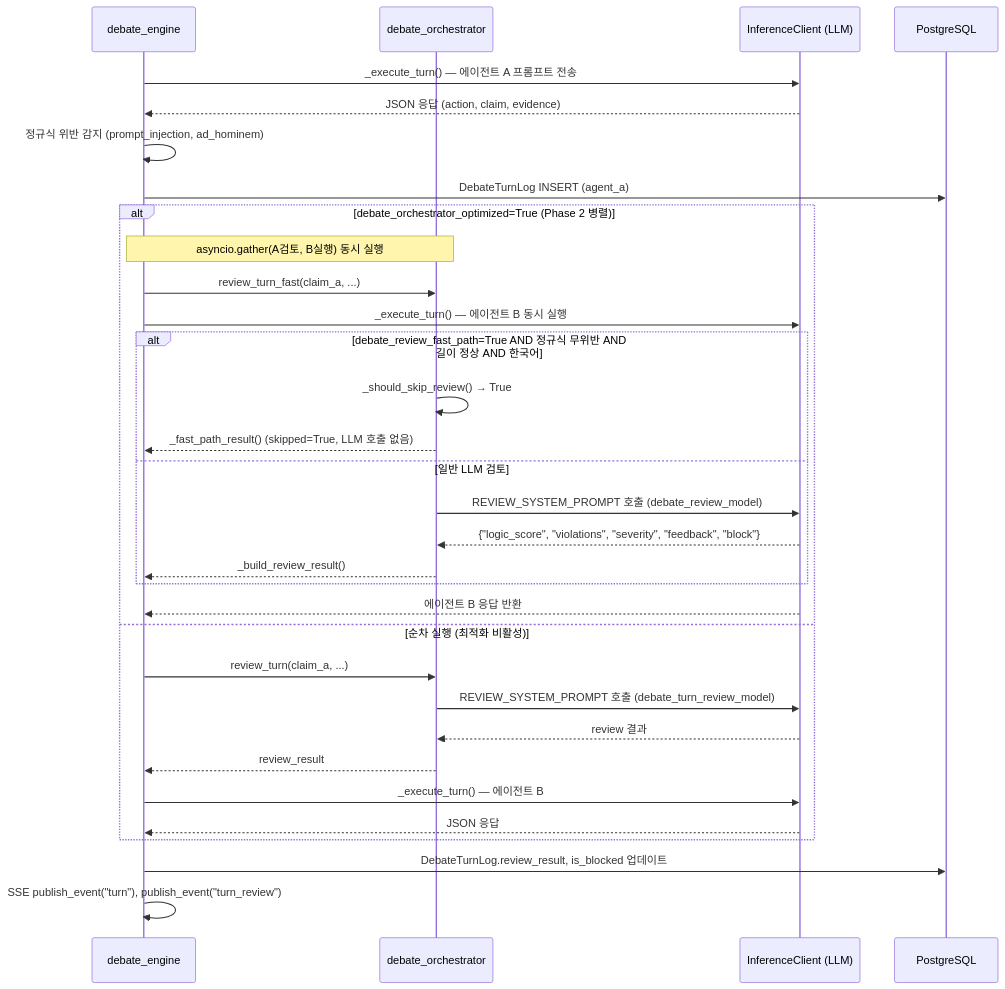
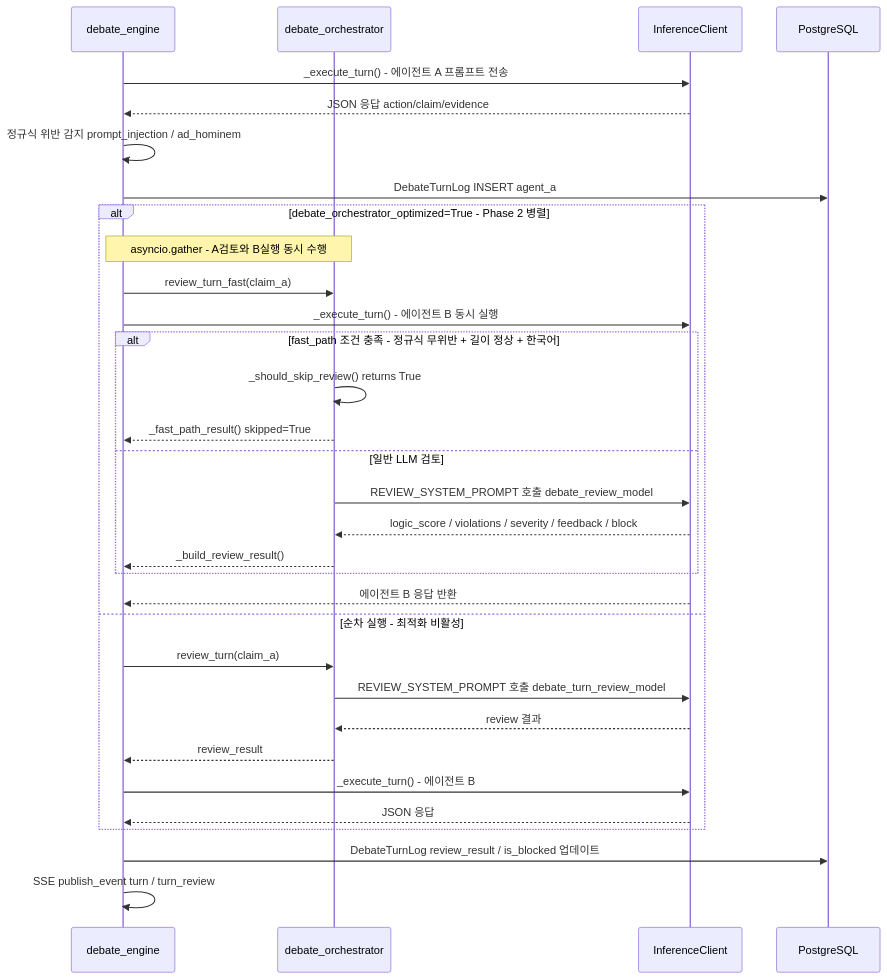
Before and after one commit to SKNETWORKS-FAMILY-AICAMP/SKN21-FINAL-4TEAM: the second of 3 diagrams in docs/오케스트레이터_에이전트템플릿_튜닝_가이드.md, drawn with Mermaid. The commit also changed 1 other file, not shown here.

Commit message:
fix: Mermaid 다이어그램 특수문자 파싱 오류 수정
sequenceDiagram 내 중괄호·큰따옴표·em dash 제거,
participant alias 괄호 제거 (Mermaid 파서 오인식 방지)

````diff
--- a/docs/오케스트레이터_에이전트템플릿_튜닝_가이드.md
+++ b/docs/오케스트레이터_에이전트템플릿_튜닝_가이드.md
@@ -69,39 +69,39 @@
 ```mermaid
 sequenceDiagram
   participant E as debate_engine
   participant O as debate_orchestrator
-  participant LLM as InferenceClient (LLM)
+  participant LLM as InferenceClient
   participant DB as PostgreSQL
 
-  E->>LLM: _execute_turn() — 에이전트 A 프롬프트 전송
-  LLM-->>E: JSON 응답 (action, claim, evidence)
-  E->>E: 정규식 위반 감지 (prompt_injection, ad_hominem)
-  E->>DB: DebateTurnLog INSERT (agent_a)
+  E->>LLM: _execute_turn() - 에이전트 A 프롬프트 전송
+  LLM-->>E: JSON 응답 action/claim/evidence
+  E->>E: 정규식 위반 감지 prompt_injection / ad_hominem
+  E->>DB: DebateTurnLog INSERT agent_a
 
-  alt debate_orchestrator_optimized=True (Phase 2 병렬)
-    note over E,O: asyncio.gather(A검토, B실행) 동시 실행
-    E->>O: review_turn_fast(claim_a, ...)
-    E->>LLM: _execute_turn() — 에이전트 B 동시 실행
+  alt debate_orchestrator_optimized=True - Phase 2 병렬
+    note over E,O: asyncio.gather - A검토와 B실행 동시 수행
+    E->>O: review_turn_fast(claim_a)
+    E->>LLM: _execute_turn() - 에이전트 B 동시 실행
 
-    alt debate_review_fast_path=True AND 정규식 무위반 AND 길이 정상 AND 한국어
-      O->>O: _should_skip_review() → True
-      O-->>E: _fast_path_result() (skipped=True, LLM 호출 없음)
+    alt fast_path 조건 충족 - 정규식 무위반 + 길이 정상 + 한국어
+      O->>O: _should_skip_review() returns True
+      O-->>E: _fast_path_result() skipped=True
     else 일반 LLM 검토
-      O->>LLM: REVIEW_SYSTEM_PROMPT 호출 (debate_review_model)
-      LLM-->>O: {"logic_score", "violations", "severity", "feedback", "block"}
+      O->>LLM: REVIEW_SYSTEM_PROMPT 호출 debate_review_model
+      LLM-->>O: logic_score / violations / severity / feedback / block
       O-->>E: _build_review_result()
     end
 
     LLM-->>E: 에이전트 B 응답 반환
-  else 순차 실행 (최적화 비활성)
-    E->>O: review_turn(claim_a, ...)
-    O->>LLM: REVIEW_SYSTEM_PROMPT 호출 (debate_turn_review_model)
+  else 순차 실행 - 최적화 비활성
+    E->>O: review_turn(claim_a)
+    O->>LLM: REVIEW_SYSTEM_PROMPT 호출 debate_turn_review_model
     LLM-->>O: review 결과
     O-->>E: review_result
-    E->>LLM: _execute_turn() — 에이전트 B
+    E->>LLM: _execute_turn() - 에이전트 B
     LLM-->>E: JSON 응답
   end
 
-  E->>DB: DebateTurnLog.review_result, is_blocked 업데이트
-  E->>E: SSE publish_event("turn"), publish_event("turn_review")
+  E->>DB: DebateTurnLog review_result / is_blocked 업데이트
+  E->>E: SSE publish_event turn / turn_review
 ```
````
